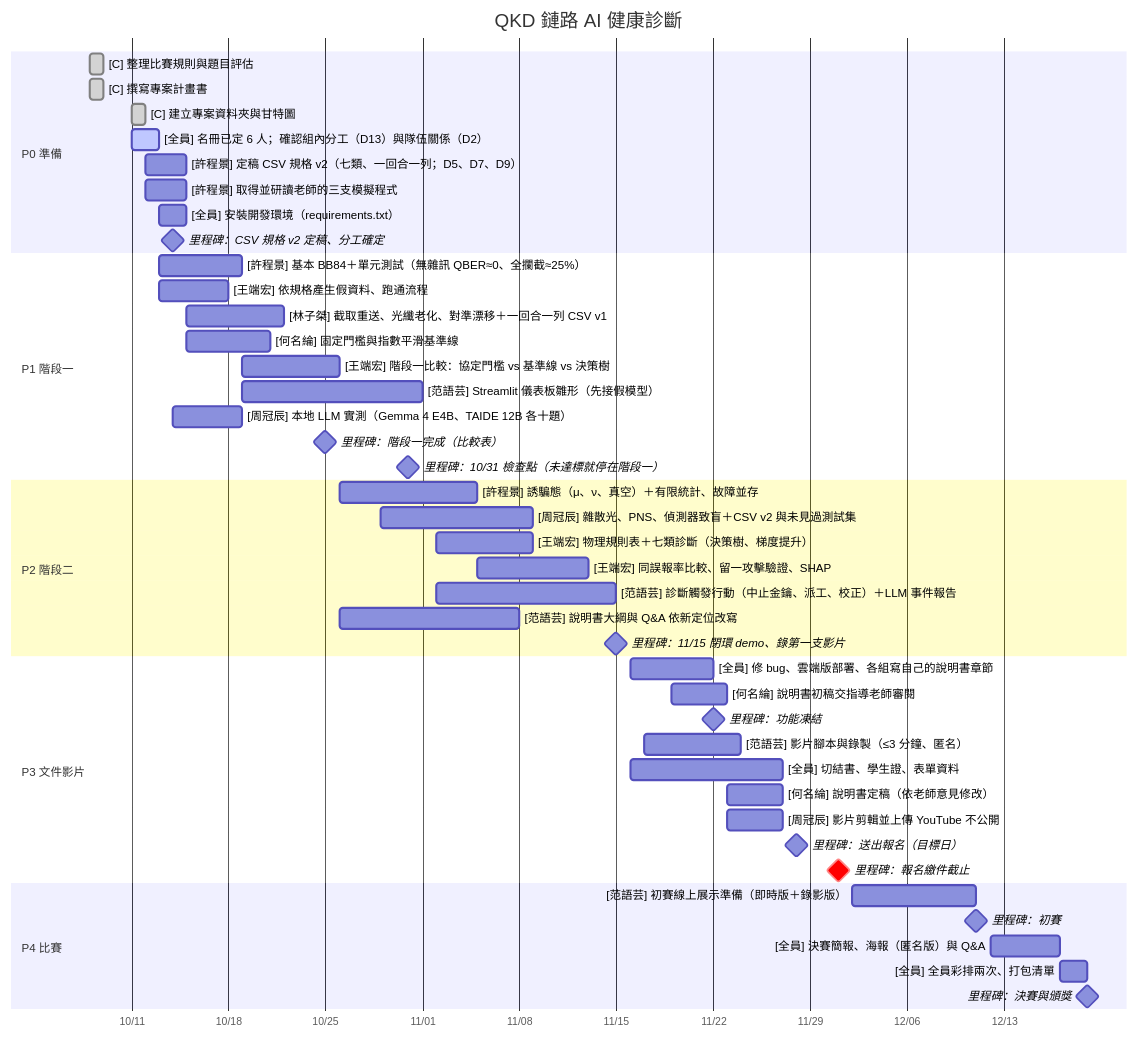
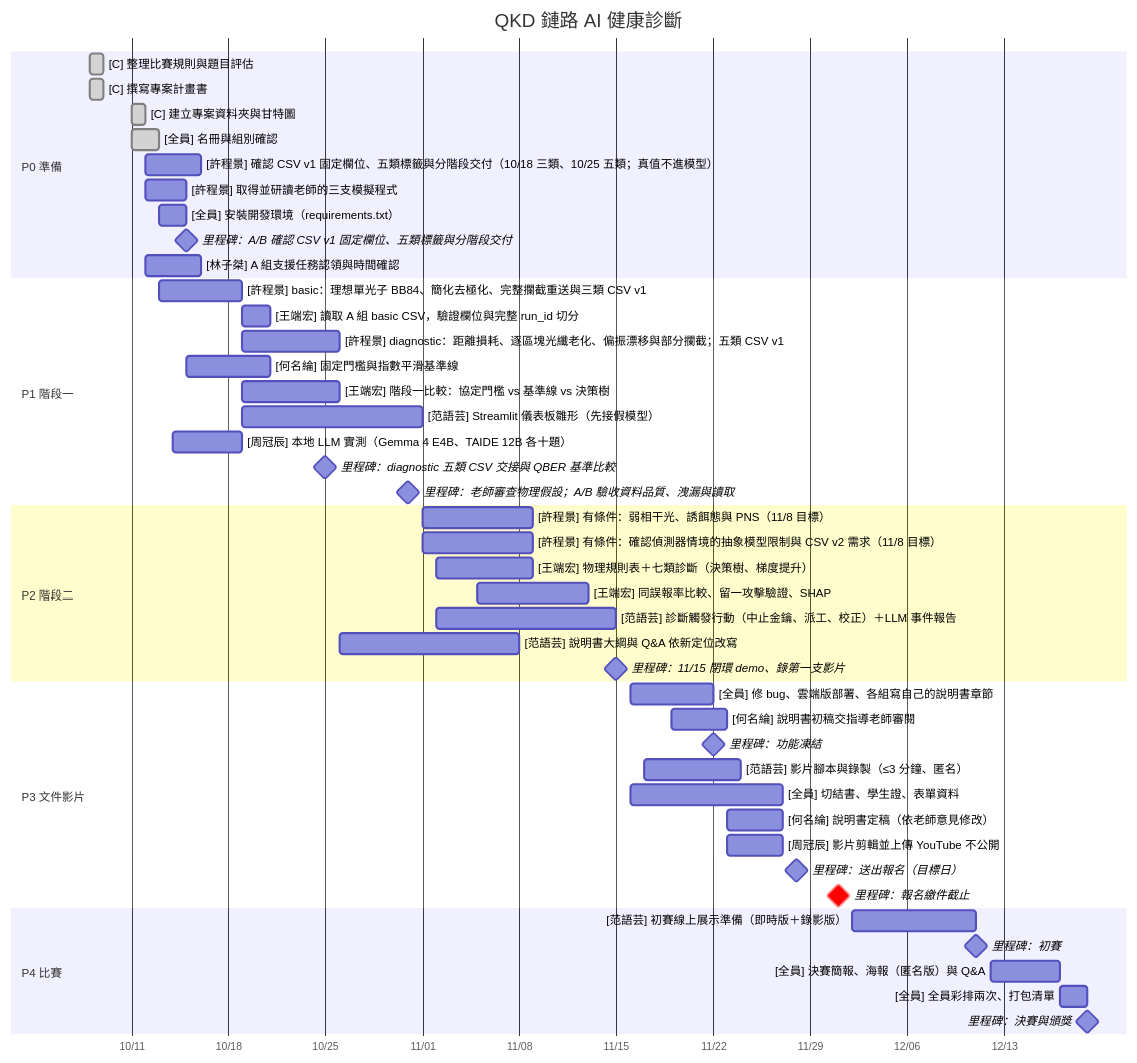
Before and after one commit to jaylin0131/ai-competition-2026: the diagram in QKD-Eavesdrop-AI/schedule/gantt.md, drawn with Mermaid. The commit also changed other lines of this file and 5 other files, not shown here.

````diff
--- a/QKD-Eavesdrop-AI/schedule/gantt.md
+++ b/QKD-Eavesdrop-AI/schedule/gantt.md
@@ -7,50 +7,51 @@
 ```mermaid
 gantt
     title QKD 鏈路 AI 健康診斷
     dateFormat YYYY-MM-DD
     axisFormat %m/%d
     todayMarker stroke-width:2px,stroke:#d13b3b
     section P0 準備
     [C] 整理比賽規則與題目評估 :done, T01, 2026-10-08, 1d
     [C] 撰寫專案計畫書 :done, T02, 2026-10-08, 1d
     [C] 建立專案資料夾與甘特圖 :done, T03, 2026-10-11, 1d
-    [全員] 名冊已定 6 人；確認組內分工（D13）與隊伍關係（D2） :active, T04, 2026-10-11, 2d
-    [許程景] 定稿 CSV 規格 v2（七類、一回合一列；D5、D7、D9） :T07, 2026-10-12, 3d
+    [全員] 名冊與組別確認 :done, T04, 2026-10-11, 2d
+    [許程景] 確認 CSV v1 固定欄位、五類標籤與分階段交付（10/18 三類、10/25 五類；真值不進模型） :T07, 2026-10-12, 4d
     [許程景] 取得並研讀老師的三支模擬程式 :T08, 2026-10-12, 3d
     [全員] 安裝開發環境（requirements.txt） :T09, 2026-10-13, 2d
-    里程碑：CSV 規格 v2 定稿、分工確定 :milestone, M1, 2026-10-14, 0d
+    里程碑：A/B 確認 CSV v1 固定欄位、五類標籤與分階段交付 :milestone, M1, 2026-10-15, 0d
+    [林子桀] A 組支援任務認領與時間確認 :T10, 2026-10-12, 4d
     section P1 階段一
-    [許程景] 基本 BB84＋單元測試（無雜訊 QBER≈0、全攔截≈25%） :A1, 2026-10-13, 6d
-    [王端宏] 依規格產生假資料、跑通流程 :B1, 2026-10-13, 5d
-    [林子桀] 截取重送、光纖老化、對準漂移＋一回合一列 CSV v1 :A2, 2026-10-15, 7d
+    [許程景] basic：理想單光子 BB84、簡化去極化、完整攔截重送與三類 CSV v1 :A1, 2026-10-13, 6d
+    [王端宏] 讀取 A 組 basic CSV，驗證欄位與完整 run_id 切分 :B1, 2026-10-19, 2d
+    [許程景] diagnostic：距離損耗、逐區塊光纖老化、偏振漂移與部分攔截；五類 CSV v1 :A2, 2026-10-19, 7d
     [何名綸] 固定門檻與指數平滑基準線 :B2, 2026-10-15, 6d
     [王端宏] 階段一比較：協定門檻 vs 基準線 vs 決策樹 :B3, 2026-10-19, 7d
     [范語芸] Streamlit 儀表板雛形（先接假模型） :C1, 2026-10-19, 13d
     [周冠辰] 本地 LLM 實測（Gemma 4 E4B、TAIDE 12B 各十題） :C2, 2026-10-14, 5d
-    里程碑：階段一完成（比較表） :milestone, M2, 2026-10-25, 0d
-    里程碑：10/31 檢查點（未達標就停在階段一） :milestone, M3, 2026-10-31, 0d
+    里程碑：diagnostic 五類 CSV 交接與 QBER 基準比較 :milestone, M2, 2026-10-25, 0d
+    里程碑：老師審查物理假設；A/B 驗收資料品質、洩漏與讀取 :milestone, M3, 2026-10-31, 0d
     section P2 階段二
-    [許程景] 誘騙態（μ、ν、真空）＋有限統計、故障並存 :A3, 2026-10-26, 10d
-    [周冠辰] 雜散光、PNS、偵測器致盲＋CSV v2 與未見過測試集 :A4, 2026-10-29, 11d
+    [許程景] 有條件：弱相干光、誘餌態與 PNS（11/8 目標） :A3, 2026-11-01, 8d
+    [許程景] 有條件：確認偵測器情境的抽象模型限制與 CSV v2 需求（11/8 目標） :A4, 2026-11-01, 8d
     [王端宏] 物理規則表＋七類診斷（決策樹、梯度提升） :B4, 2026-11-02, 7d
     [王端宏] 同誤報率比較、留一攻擊驗證、SHAP :B5, 2026-11-05, 8d
     [范語芸] 診斷觸發行動（中止金鑰、派工、校正）＋LLM 事件報告 :C3, 2026-11-02, 13d
     [范語芸] 說明書大綱與 Q&A 依新定位改寫 :C4, 2026-10-26, 13d
     里程碑：11/15 閉環 demo、錄第一支影片 :milestone, M4, 2026-11-15, 0d
     section P3 文件影片
     [全員] 修 bug、雲端版部署、各組寫自己的說明書章節 :D1, 2026-11-16, 6d
     [何名綸] 說明書初稿交指導老師審閱 :D2, 2026-11-19, 4d
     里程碑：功能凍結 :milestone, M5, 2026-11-22, 0d
     [范語芸] 影片腳本與錄製（≤3 分鐘、匿名） :D3, 2026-11-17, 7d
     [全員] 切結書、學生證、表單資料 :D4, 2026-11-16, 11d
     [何名綸] 說明書定稿（依老師意見修改） :D5, 2026-11-23, 4d
     [周冠辰] 影片剪輯並上傳 YouTube 不公開 :D6, 2026-11-23, 4d
     里程碑：送出報名（目標日） :milestone, M6, 2026-11-28, 0d
     里程碑：報名繳件截止 :crit, milestone, M7, 2026-12-01, 0d
     section P4 比賽
     [范語芸] 初賽線上展示準備（即時版＋錄影版） :E1, 2026-12-02, 9d
     里程碑：初賽 :milestone, M8, 2026-12-11, 0d
     [全員] 決賽簡報、海報（匿名版）與 Q&A :E2, 2026-12-12, 5d
     [全員] 全員彩排兩次、打包清單 :E3, 2026-12-17, 2d
     里程碑：決賽與頒獎 :milestone, M9, 2026-12-19, 0d
 ```
````
